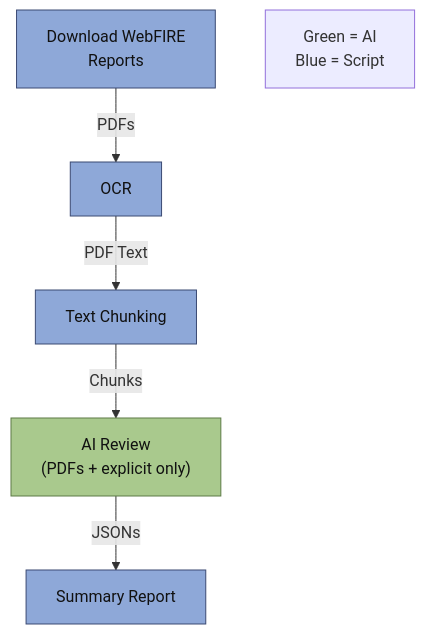
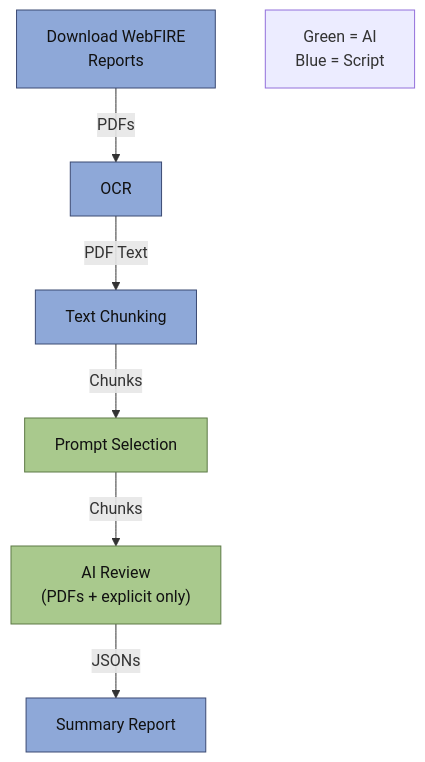
The diagram in docs/flow_charts/mvp_pipeline_chart.md (ChristopherAppier/WebFIRE_Review), drawn with Mermaid before and after one commit.

Commit message:
Updating MVP pipeline for new prompt selection implementation goal

````diff
--- a/docs/flow_charts/mvp_pipeline_chart.md
+++ b/docs/flow_charts/mvp_pipeline_chart.md
@@ -1,25 +1,27 @@
 ```mermaid
 flowchart TB
 
 	%% Defining the nodes and their labels
 	RepPull[Download WebFIRE<br/>Reports]
 	OCR[OCR]
 	TextChunk[Text Chunking]
+	PS[Prompt Selection]
 	AIRev["AI Review<br/>(PDFs + explicit only)"]
 	Summary[Summary Report]
 	INFO[Green = AI<br/>Blue = Script]
 
 	%% Linking the nodes
 	RepPull -- PDFs --> OCR
 	OCR -- PDF Text --> TextChunk
-	TextChunk -- Chunks--> AIRev
+	TextChunk -- Chunks --> PS
+	PS -- Chunks--> AIRev
 	AIRev -- JSONs--> Summary
 
 	%% Create classes for the node colors
 	classDef blue fill:#8EA8D8,stroke:#3B4A73,color:#111,stroke-width:1px;
 	classDef green fill:#A9C98D,stroke:#5D7A46,color:#111,stroke-width:1px;
 
 	%% Assigning the nodes to their classes
 	class RepPull,Route,OCR,TextChunk,Summary blue;
-	class AIRev green;
+	class PS,AIRev green;
 ```
````
